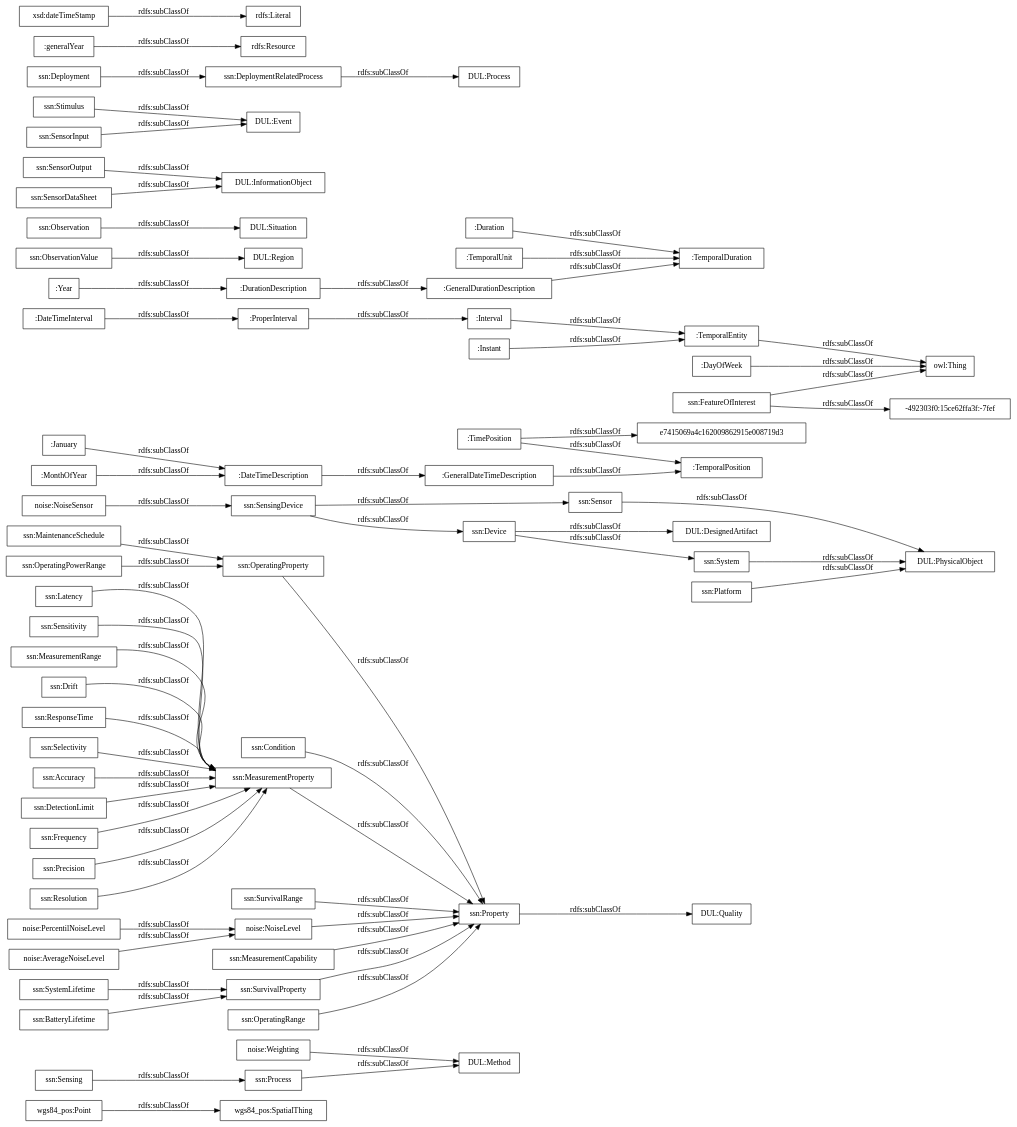
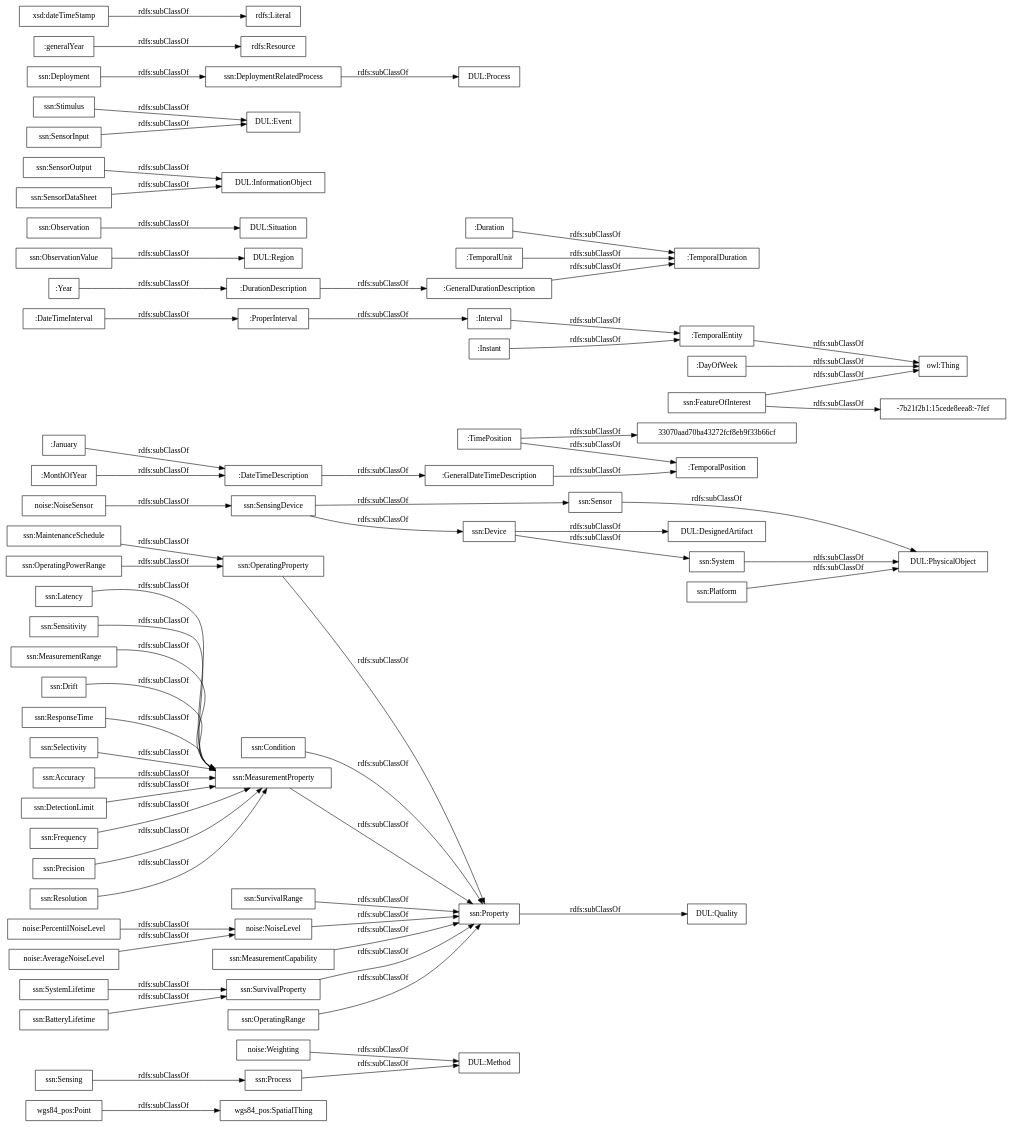
Before and after one commit to opencitydata/vocab-medio-ambiente-contaminacion-acustica: the diagram in OnToology/contaminacion-acustica.owl/diagrams/ar2dtool-taxonomy/contaminacion-acustica.owl.png.dot, drawn with Graphviz. The commit also changed 11 other files, not shown here.

```diff
--- a/OnToology/contaminacion-acustica.owl/diagrams/ar2dtool-taxonomy/contaminacion-acustica.owl.png.dot
+++ b/OnToology/contaminacion-acustica.owl/diagrams/ar2dtool-taxonomy/contaminacion-acustica.owl.png.dot
@@ -1,73 +1,73 @@
 digraph ar2dtool_diagram { 
 rankdir=LR;
 size="1000"
-node [shape = rectangle, color="black"]; "wgs84_pos:SpatialThing" "wgs84_pos:Point" "noise:Weighting" "noise:PercentilNoiseLevel" "noise:NoiseSensor" "noise:NoiseLevel" "noise:AverageNoiseLevel" ":GeneralDateTimeDescription" ":DateTimeInterval" ":DurationDescription" ":TemporalDuration" ":Duration" ":GeneralDurationDescription" ":January" ":ProperInterval" "e7415069a4c162009862915e008719d3" ":TimePosition" ":TemporalPosition" ":Interval" ":TemporalEntity" ":Year" ":MonthOfYear" ":DateTimeDescription" ":TemporalUnit" ":Instant" ":DayOfWeek" "ssn:Accuracy" "ssn:DetectionLimit" "ssn:Frequency" "ssn:Condition" "DUL:Region" "DUL:Situation" "DUL:PhysicalObject" "ssn:SensorOutput" "ssn:Precision" "ssn:Resolution" "DUL:Quality" "ssn:FeatureOfInterest" "ssn:Sensor" "DUL:InformationObject" "ssn:OperatingProperty" "DUL:Event" "ssn:OperatingPowerRange" "DUL:Method" "ssn:MaintenanceSchedule" "ssn:Sensing" "ssn:Latency" "ssn:SurvivalRange" "ssn:SensingDevice" "DUL:DesignedArtifact" "ssn:Sensitivity" "ssn:Stimulus" "DUL:Process" "ssn:MeasurementRange" "ssn:System" "ssn:SystemLifetime" "ssn:Property" "ssn:MeasurementProperty" "ssn:Process" "ssn:Deployment" "ssn:MeasurementCapability" "ssn:BatteryLifetime" "ssn:Drift" "-492303f0:15ce62ffa3f:-7fef" "ssn:DeploymentRelatedProcess" "ssn:SensorInput" "ssn:ResponseTime" "ssn:ObservationValue" "ssn:SensorDataSheet" "ssn:Observation" "ssn:Selectivity" "ssn:SurvivalProperty" "ssn:Device" "ssn:OperatingRange" "ssn:Platform" ; /*classes style*/
+node [shape = rectangle, color="black"]; "wgs84_pos:SpatialThing" "wgs84_pos:Point" "noise:Weighting" "noise:PercentilNoiseLevel" "noise:NoiseSensor" "noise:NoiseLevel" "noise:AverageNoiseLevel" ":GeneralDateTimeDescription" ":DateTimeInterval" ":DurationDescription" ":TemporalDuration" ":Duration" ":GeneralDurationDescription" ":January" ":ProperInterval" ":TimePosition" ":TemporalPosition" ":Interval" ":TemporalEntity" ":Year" ":MonthOfYear" "33070aad70ba43272fcf8eb9f33b66cf" ":DateTimeDescription" ":TemporalUnit" ":Instant" ":DayOfWeek" "ssn:Accuracy" "ssn:DetectionLimit" "ssn:Frequency" "ssn:Condition" "DUL:Region" "DUL:Situation" "DUL:PhysicalObject" "ssn:SensorOutput" "ssn:Precision" "ssn:Resolution" "ssn:FeatureOfInterest" "DUL:Quality" "-7b21f2b1:15cede8eea8:-7fef" "ssn:Sensor" "DUL:InformationObject" "ssn:OperatingProperty" "DUL:Event" "ssn:OperatingPowerRange" "DUL:Method" "ssn:MaintenanceSchedule" "ssn:Sensing" "ssn:Latency" "ssn:SurvivalRange" "ssn:SensingDevice" "DUL:DesignedArtifact" "ssn:Sensitivity" "ssn:Stimulus" "DUL:Process" "ssn:MeasurementRange" "ssn:System" "ssn:SystemLifetime" "ssn:Property" "ssn:MeasurementProperty" "ssn:Process" "ssn:Deployment" "ssn:MeasurementCapability" "ssn:BatteryLifetime" "ssn:Drift" "ssn:DeploymentRelatedProcess" "ssn:SensorInput" "ssn:ResponseTime" "ssn:ObservationValue" "ssn:SensorDataSheet" "ssn:Observation" "ssn:Selectivity" "ssn:SurvivalProperty" "ssn:Device" "ssn:OperatingRange" "ssn:Platform" ; /*classes style*/
 	":DateTimeDescription" -> ":GeneralDateTimeDescription" [ label = "rdfs:subClassOf" ];
 	"noise:AverageNoiseLevel" -> "noise:NoiseLevel" [ label = "rdfs:subClassOf" ];
 	"ssn:Deployment" -> "ssn:DeploymentRelatedProcess" [ label = "rdfs:subClassOf" ];
 	"ssn:SensingDevice" -> "ssn:Sensor" [ label = "rdfs:subClassOf" ];
 	"ssn:SensingDevice" -> "ssn:Device" [ label = "rdfs:subClassOf" ];
 	"ssn:DeploymentRelatedProcess" -> "DUL:Process" [ label = "rdfs:subClassOf" ];
 	"ssn:Accuracy" -> "ssn:MeasurementProperty" [ label = "rdfs:subClassOf" ];
 	":Instant" -> ":TemporalEntity" [ label = "rdfs:subClassOf" ];
 	"ssn:FeatureOfInterest" -> "owl:Thing" [ label = "rdfs:subClassOf" ];
-	"ssn:FeatureOfInterest" -> "-492303f0:15ce62ffa3f:-7fef" [ label = "rdfs:subClassOf" ];
+	"ssn:FeatureOfInterest" -> "-7b21f2b1:15cede8eea8:-7fef" [ label = "rdfs:subClassOf" ];
 	"ssn:Latency" -> "ssn:MeasurementProperty" [ label = "rdfs:subClassOf" ];
 	"ssn:Process" -> "DUL:Method" [ label = "rdfs:subClassOf" ];
 	"noise:Weighting" -> "DUL:Method" [ label = "rdfs:subClassOf" ];
 	":ProperInterval" -> ":Interval" [ label = "rdfs:subClassOf" ];
 	"ssn:Property" -> "DUL:Quality" [ label = "rdfs:subClassOf" ];
 	"ssn:MeasurementProperty" -> "ssn:Property" [ label = "rdfs:subClassOf" ];
 	"wgs84_pos:Point" -> "wgs84_pos:SpatialThing" [ label = "rdfs:subClassOf" ];
 	":MonthOfYear" -> ":DateTimeDescription" [ label = "rdfs:subClassOf" ];
 	"ssn:ResponseTime" -> "ssn:MeasurementProperty" [ label = "rdfs:subClassOf" ];
 	"ssn:OperatingRange" -> "ssn:Property" [ label = "rdfs:subClassOf" ];
 	"noise:NoiseLevel" -> "ssn:Property" [ label = "rdfs:subClassOf" ];
 	"ssn:MeasurementRange" -> "ssn:MeasurementProperty" [ label = "rdfs:subClassOf" ];
 	"ssn:Stimulus" -> "DUL:Event" [ label = "rdfs:subClassOf" ];
 	":Duration" -> ":TemporalDuration" [ label = "rdfs:subClassOf" ];
 	"ssn:SurvivalProperty" -> "ssn:Property" [ label = "rdfs:subClassOf" ];
 	"ssn:MaintenanceSchedule" -> "ssn:OperatingProperty" [ label = "rdfs:subClassOf" ];
 	"ssn:SensorInput" -> "DUL:Event" [ label = "rdfs:subClassOf" ];
-	":TimePosition" -> "e7415069a4c162009862915e008719d3" [ label = "rdfs:subClassOf" ];
+	":TimePosition" -> "33070aad70ba43272fcf8eb9f33b66cf" [ label = "rdfs:subClassOf" ];
 	":TimePosition" -> ":TemporalPosition" [ label = "rdfs:subClassOf" ];
 	":TemporalEntity" -> "owl:Thing" [ label = "rdfs:subClassOf" ];
 	"ssn:Sensitivity" -> "ssn:MeasurementProperty" [ label = "rdfs:subClassOf" ];
 	"ssn:Drift" -> "ssn:MeasurementProperty" [ label = "rdfs:subClassOf" ];
 	"ssn:System" -> "DUL:PhysicalObject" [ label = "rdfs:subClassOf" ];
 	":GeneralDurationDescription" -> ":TemporalDuration" [ label = "rdfs:subClassOf" ];
 	"ssn:Resolution" -> "ssn:MeasurementProperty" [ label = "rdfs:subClassOf" ];
 	"ssn:Precision" -> "ssn:MeasurementProperty" [ label = "rdfs:subClassOf" ];
 	"noise:PercentilNoiseLevel" -> "noise:NoiseLevel" [ label = "rdfs:subClassOf" ];
 	"ssn:DetectionLimit" -> "ssn:MeasurementProperty" [ label = "rdfs:subClassOf" ];
 	":DateTimeInterval" -> ":ProperInterval" [ label = "rdfs:subClassOf" ];
 	"ssn:Sensor" -> "DUL:PhysicalObject" [ label = "rdfs:subClassOf" ];
 	"ssn:SensorDataSheet" -> "DUL:InformationObject" [ label = "rdfs:subClassOf" ];
 	"ssn:OperatingPowerRange" -> "ssn:OperatingProperty" [ label = "rdfs:subClassOf" ];
 	"noise:NoiseSensor" -> "ssn:SensingDevice" [ label = "rdfs:subClassOf" ];
 	":Interval" -> ":TemporalEntity" [ label = "rdfs:subClassOf" ];
 	":GeneralDateTimeDescription" -> ":TemporalPosition" [ label = "rdfs:subClassOf" ];
 	":January" -> ":DateTimeDescription" [ label = "rdfs:subClassOf" ];
 	"ssn:ObservationValue" -> "DUL:Region" [ label = "rdfs:subClassOf" ];
 	":DayOfWeek" -> "owl:Thing" [ label = "rdfs:subClassOf" ];
 	"ssn:Device" -> "DUL:DesignedArtifact" [ label = "rdfs:subClassOf" ];
 	"ssn:Device" -> "ssn:System" [ label = "rdfs:subClassOf" ];
 	"ssn:Platform" -> "DUL:PhysicalObject" [ label = "rdfs:subClassOf" ];
 	":Year" -> ":DurationDescription" [ label = "rdfs:subClassOf" ];
 	":DurationDescription" -> ":GeneralDurationDescription" [ label = "rdfs:subClassOf" ];
 	"ssn:OperatingProperty" -> "ssn:Property" [ label = "rdfs:subClassOf" ];
 	":generalYear" -> "rdfs:Resource" [ label = "rdfs:subClassOf" ];
 	"ssn:Selectivity" -> "ssn:MeasurementProperty" [ label = "rdfs:subClassOf" ];
 	"ssn:BatteryLifetime" -> "ssn:SurvivalProperty" [ label = "rdfs:subClassOf" ];
 	":TemporalUnit" -> ":TemporalDuration" [ label = "rdfs:subClassOf" ];
 	"ssn:Observation" -> "DUL:Situation" [ label = "rdfs:subClassOf" ];
 	"ssn:Sensing" -> "ssn:Process" [ label = "rdfs:subClassOf" ];
 	"ssn:SystemLifetime" -> "ssn:SurvivalProperty" [ label = "rdfs:subClassOf" ];
 	"ssn:SurvivalRange" -> "ssn:Property" [ label = "rdfs:subClassOf" ];
 	"ssn:Frequency" -> "ssn:MeasurementProperty" [ label = "rdfs:subClassOf" ];
 	"ssn:SensorOutput" -> "DUL:InformationObject" [ label = "rdfs:subClassOf" ];
 	"ssn:Condition" -> "ssn:Property" [ label = "rdfs:subClassOf" ];
 	"xsd:dateTimeStamp" -> "rdfs:Literal" [ label = "rdfs:subClassOf" ];
 	"ssn:MeasurementCapability" -> "ssn:Property" [ label = "rdfs:subClassOf" ];
 
 }
```
